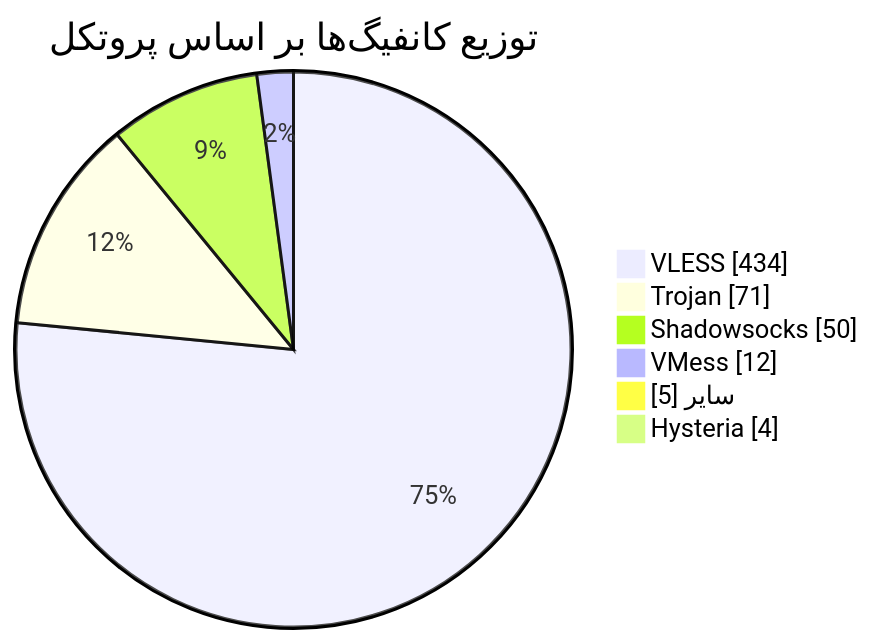
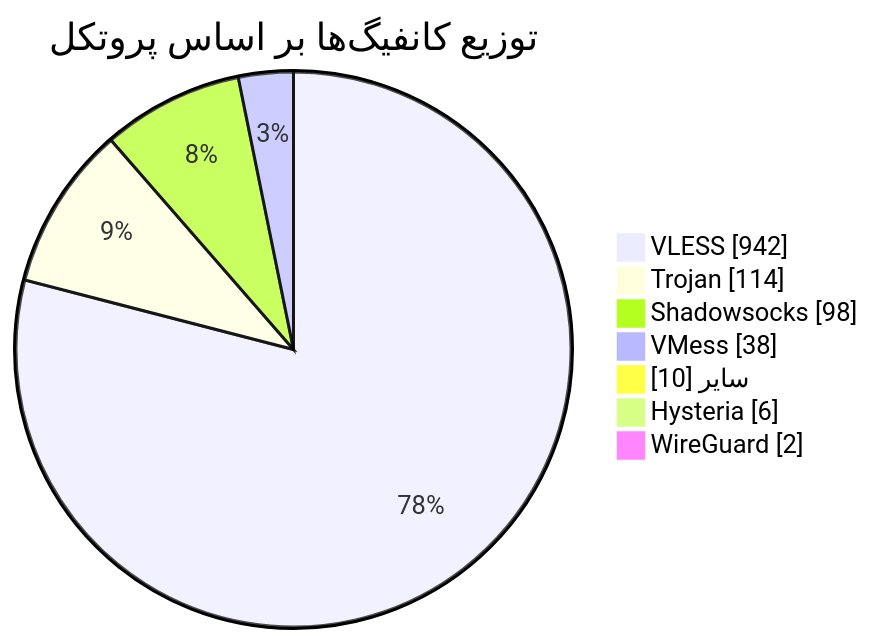
One commit to Arian-Alijani/Somthing changed the diagram in README.md. Above: the diagram before and after it, drawn with Mermaid. The commit also changed other lines of this file and 21 other files, not shown here.

````diff
--- a/README.md
+++ b/README.md
@@ -48,10 +49,11 @@
 ```mermaid
 pie showData
     title توزیع کانفیگ‌ها بر اساس پروتکل
-    "VLESS" : 434
-    "Trojan" : 71
-    "Shadowsocks" : 50
-    "VMess" : 12
-    "سایر" : 5
-    "Hysteria" : 4
+    "VLESS" : 942
+    "Trojan" : 114
+    "Shadowsocks" : 98
+    "VMess" : 38
+    "سایر" : 10
+    "Hysteria" : 6
+    "WireGuard" : 2
 ```
````
